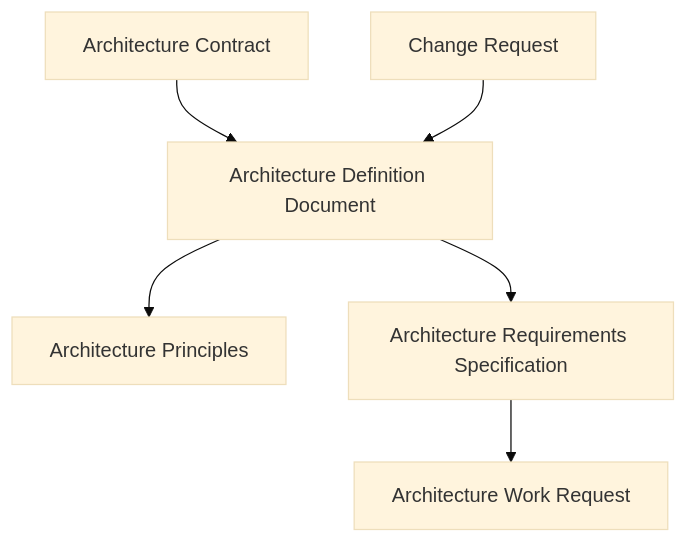
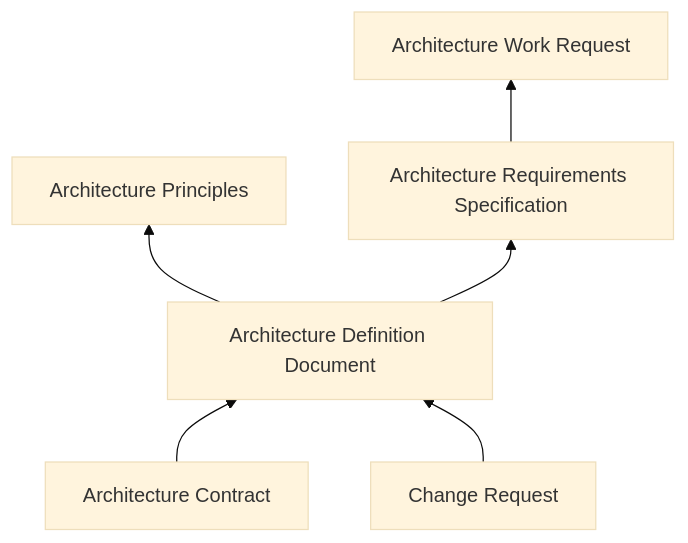
The first of 2 diagrams in docs/architecture/Content Framework/index.md (Kikkirej/framework), drawn with Mermaid (base theme) before and after one commit. The commit also changed other lines of this file, not shown here.

Commit message:
📝 update architecture documentation with new purpose-specific documents and superior architecture section

````diff
--- a/docs/architecture/Content Framework/index.md
+++ b/docs/architecture/Content Framework/index.md
@@ -69,31 +71,31 @@
 ```mermaid
-flowchart TB
+flowchart BT
   awr["Architecture Work Request"]
   principles["Architecture Principles"]
   contract["Architecture Contract"]
   reqs["Architecture Requirements Specification"]
   add["Architecture Definition Document"]
   chg["Change Request"]
 
  %% subgraph Architecture
  %%   direction TB
  %%   cf_idx["Content Framework / index.md"]
  %%   arch_def["Arch Definition"]
  %% end
 
  %% subgraph SaaS-Ops
  %%   direction TB
  %%   auth["Authentication"]
  %%   comms["Communication"]
  %% end
 
   %% Example relationships
   %% idx --> cf_idx
   %% cap --> arch_def
   %% auth --> comms
 reqs --> awr
 add --> reqs
 add --> principles
 contract --> add
 chg --> add
 ``` 
````
